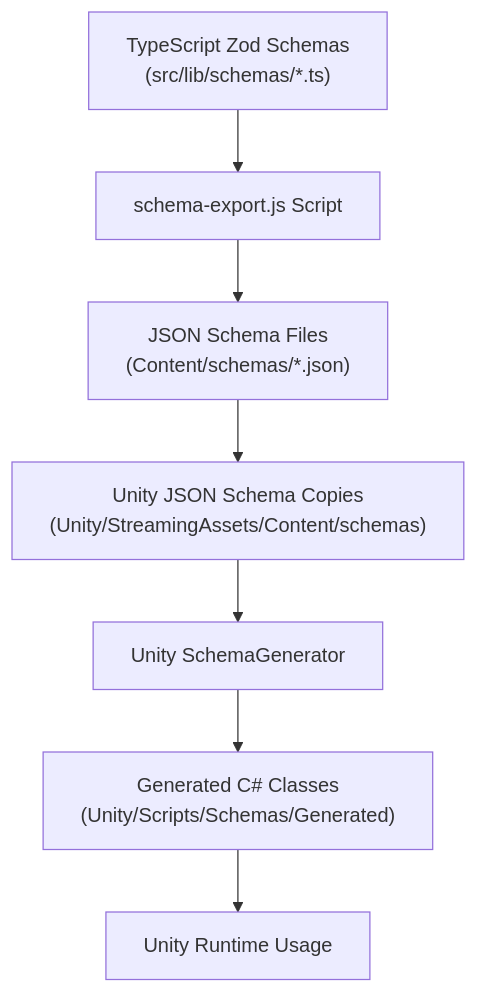
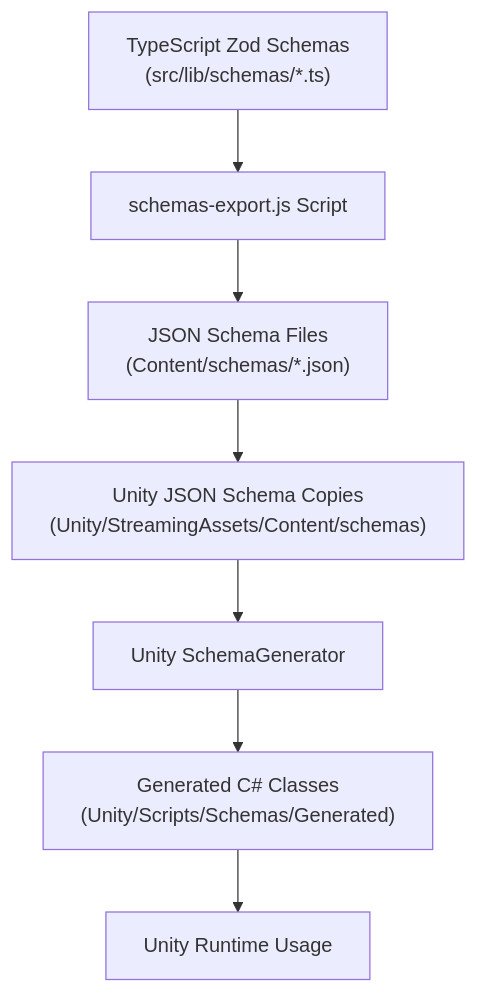
The second of 5 diagrams in SvelteKit/BackSpace/README-PIPELINE.md (publiccodenet/SpaceCraft), drawn with Mermaid before and after one commit. The commit also changed other lines of this file and 1534 other files, not shown here.

Commit message:
pre simplify unity schemas

````diff
--- a/SvelteKit/BackSpace/README-PIPELINE.md
+++ b/SvelteKit/BackSpace/README-PIPELINE.md
@@ -139,9 +139,9 @@
 ```mermaid
 flowchart TD
-    A["TypeScript Zod Schemas\n(src/lib/schemas/*.ts)"] --> B["schema-export.js Script"]
+    A["TypeScript Zod Schemas\n(src/lib/schemas/*.ts)"] --> B["schemas-export.js Script"]
     B --> C["JSON Schema Files\n(Content/schemas/*.json)"]
     C --> D["Unity JSON Schema Copies\n(Unity/StreamingAssets/Content/schemas)"]
     D --> E["Unity SchemaGenerator"]
     E --> F["Generated C# Classes\n(Unity/Scripts/Schemas/Generated)"]
     F --> G["Unity Runtime Usage"]
 ```
````
